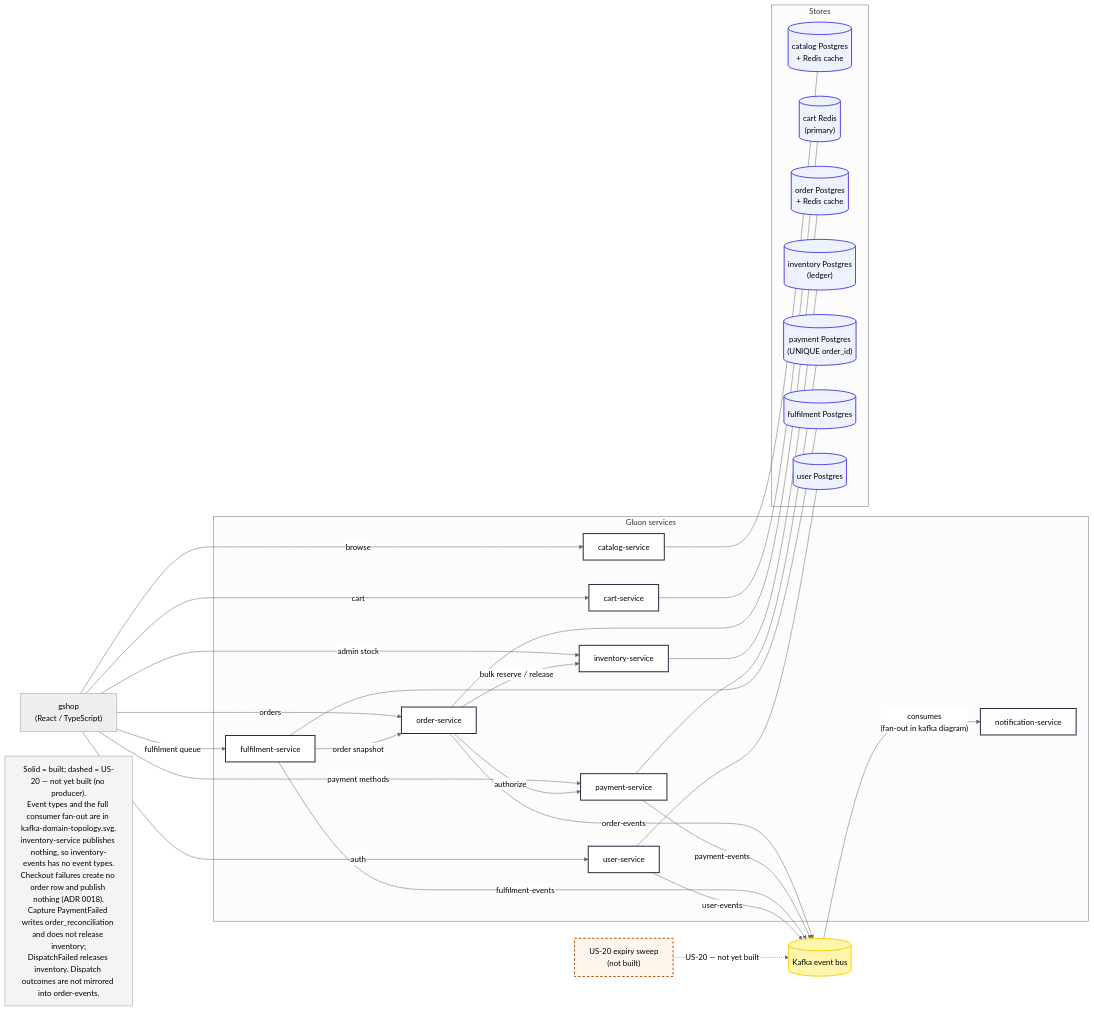
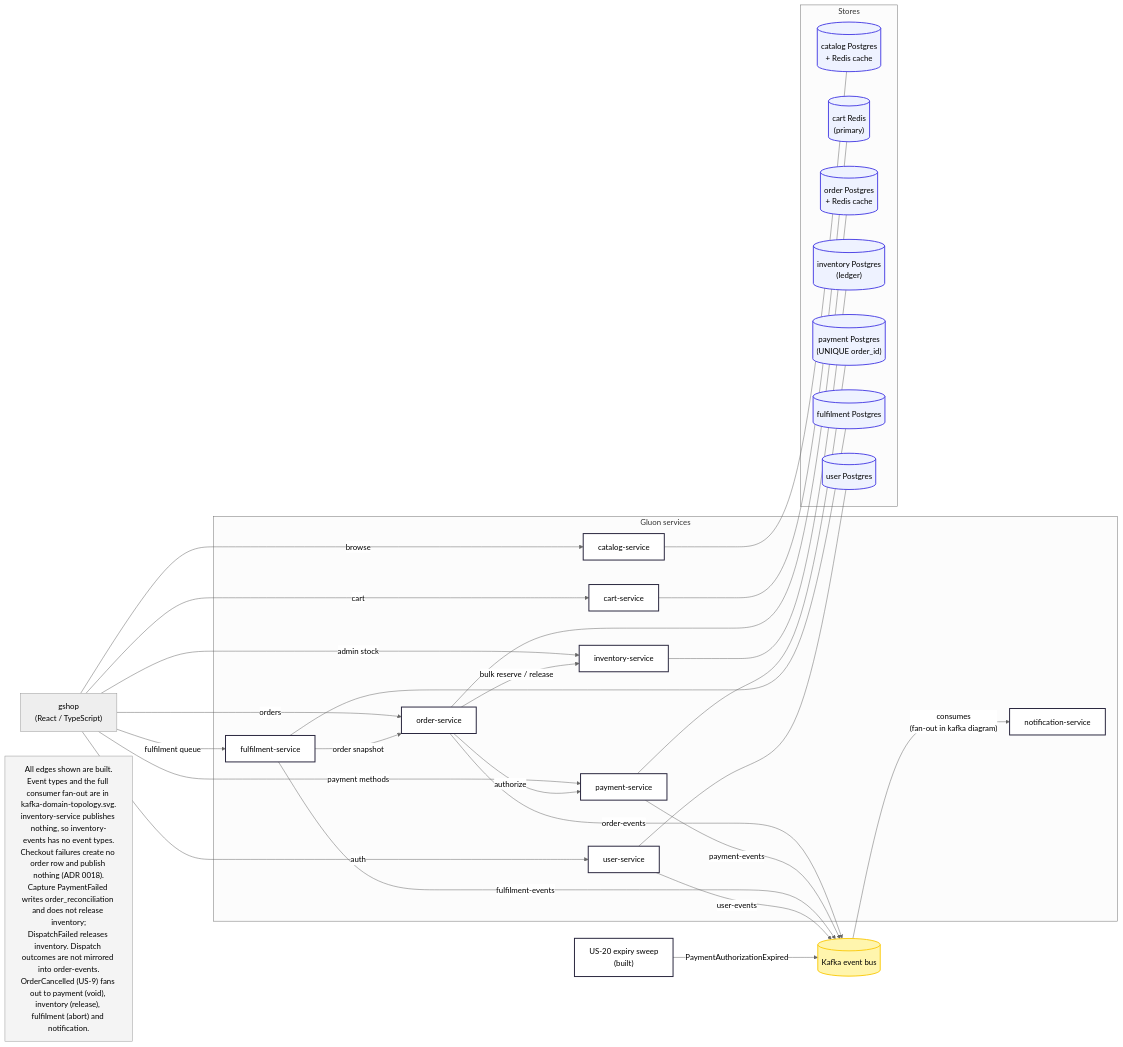
The diagram in docs/diagrams/order-fulfillment-topology.mmd (beckfordp/gluon), drawn with Mermaid (neutral theme) before and after one commit. The commit also changed 15 other files, not shown here.

Commit message:
docs(journey5): Record authorization expiry end-to-end

```diff
--- a/docs/diagrams/order-fulfillment-topology.mmd
+++ b/docs/diagrams/order-fulfillment-topology.mmd
@@ -1,65 +1,65 @@
 flowchart LR
     G["gshop<br/>(React / TypeScript)"]
 
     subgraph services["Gluon services"]
         CAT["catalog-service"]
         CART["cart-service"]
         O["order-service"]
         I["inventory-service"]
         P["payment-service"]
         F["fulfilment-service"]
         N["notification-service"]
         U["user-service"]
     end
 
     subgraph stores["Stores"]
         CATDB[("catalog Postgres<br/>+ Redis cache")]
         CARTDB[("cart Redis<br/>(primary)")]
         ODB[("order Postgres<br/>+ Redis cache")]
         IDB[("inventory Postgres<br/>(ledger)")]
         PDB[("payment Postgres<br/>(UNIQUE order_id)")]
         FDB[("fulfilment Postgres")]
         UDB[("user Postgres")]
     end
 
     K[("Kafka event bus")]
-    SWEEP["US-20 expiry sweep<br/>(not built)"]
+    SWEEP["US-20 expiry sweep<br/>(built)"]
 
     G -->|"browse"| CAT
     G -->|"cart"| CART
     G -->|"auth"| U
     G -->|"orders"| O
     G -->|"payment methods"| P
     G -->|"admin stock"| I
     G -->|"fulfilment queue"| F
     O -->|"bulk reserve / release"| I
     O -->|"authorize"| P
     F -->|"order snapshot"| O
 
     CAT --- CATDB
     CART --- CARTDB
     O --- ODB
     I --- IDB
     P --- PDB
     F --- FDB
     U --- UDB
 
     O -->|"order-events"| K
     P -->|"payment-events"| K
     F -->|"fulfilment-events"| K
     U -->|"user-events"| K
     K -->|"consumes<br/>(fan-out in kafka diagram)"| N
-    SWEEP -.->|"US-20 — not yet built"| K
+    SWEEP -->|"PaymentAuthorizationExpired"| K
 
-    NOTE["Solid = built; dashed = US-20 — not yet built (no producer).<br/>Event types and the full consumer fan-out are in kafka-domain-topology.svg.<br/>inventory-service publishes nothing, so inventory-events has no event types.<br/>Checkout failures create no order row and publish nothing (ADR 0018).<br/>Capture PaymentFailed writes order_reconciliation and does not release inventory;<br/>DispatchFailed releases inventory. Dispatch outcomes are not mirrored into order-events."]
+    NOTE["All edges shown are built.<br/>Event types and the full consumer fan-out are in kafka-domain-topology.svg.<br/>inventory-service publishes nothing, so inventory-events has no event types.<br/>Checkout failures create no order row and publish nothing (ADR 0018).<br/>Capture PaymentFailed writes order_reconciliation and does not release inventory;<br/>DispatchFailed releases inventory. Dispatch outcomes are not mirrored into order-events.<br/>OrderCancelled (US-9) fans out to payment (void), inventory (release), fulfilment (abort) and notification."]
 
     classDef service fill:#ffffff,stroke:#28253D,stroke-width:2px
     classDef store fill:#eef2ff,stroke:#4f46e5,stroke-width:2px
     classDef bus fill:#fff5ad,stroke:#FACC15,stroke-width:2px
     classDef notbuilt fill:#fff7ed,stroke:#b45309,stroke-width:2px,stroke-dasharray:5 4
     classDef note fill:#f4f4f4,stroke:#999999
     class CAT,CART,O,I,P,F,N,U service
     class CATDB,CARTDB,ODB,IDB,PDB,FDB,UDB store
     class K bus
-    class SWEEP notbuilt
+    class SWEEP service
     class NOTE note
```
